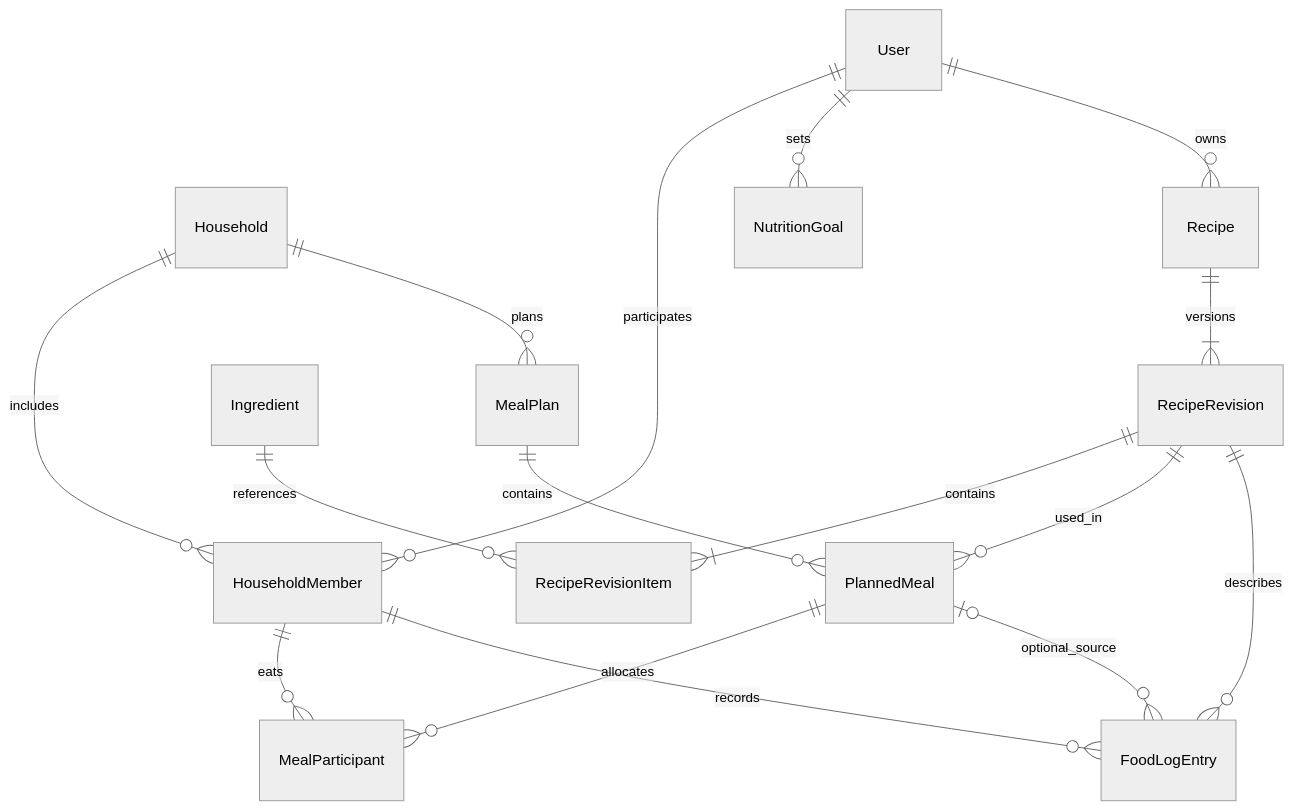
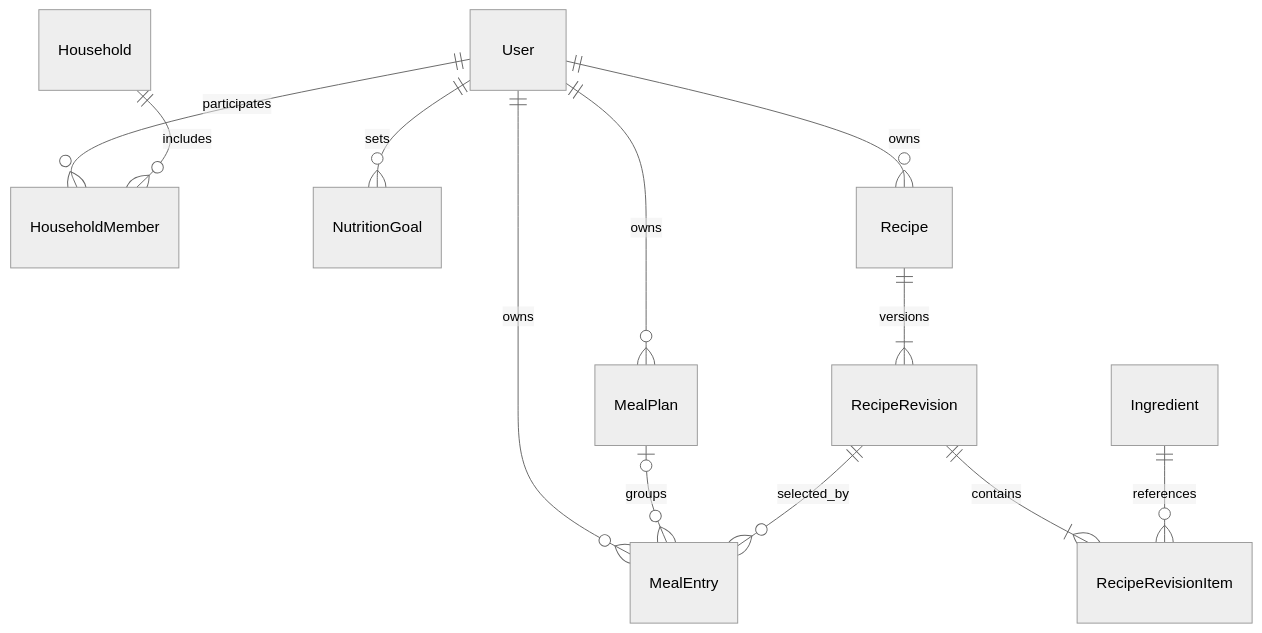
One commit to Misha222002/foodTrackder changed the diagram in backend/README.md. Above: the diagram before and after it, drawn with Mermaid (neutral theme). The commit also changed other lines of this file and 1 other file, not shown here.

Commit message:
change backend plan

````diff
--- a/backend/README.md
+++ b/backend/README.md
@@ -217,18 +174,14 @@
 ```mermaid
 erDiagram
+    User ||--o{ MealPlan : owns
+    User ||--o{ MealEntry : owns
+    MealPlan o|--o{ MealEntry : groups
     User ||--o{ HouseholdMember : participates
     Household ||--o{ HouseholdMember : includes
     User ||--o{ NutritionGoal : sets
     User ||--o{ Recipe : owns
     Recipe ||--|{ RecipeRevision : versions
     RecipeRevision ||--|{ RecipeRevisionItem : contains
     Ingredient ||--o{ RecipeRevisionItem : references
-    Household ||--o{ MealPlan : plans
-    MealPlan ||--o{ PlannedMeal : contains
-    RecipeRevision ||--o{ PlannedMeal : used_in
-    PlannedMeal ||--o{ MealParticipant : allocates
-    HouseholdMember ||--o{ MealParticipant : eats
-    HouseholdMember ||--o{ FoodLogEntry : records
-    RecipeRevision ||--o{ FoodLogEntry : describes
-    PlannedMeal o|--o{ FoodLogEntry : optional_source
+    RecipeRevision ||--o{ MealEntry : selected_by
 ```
````
